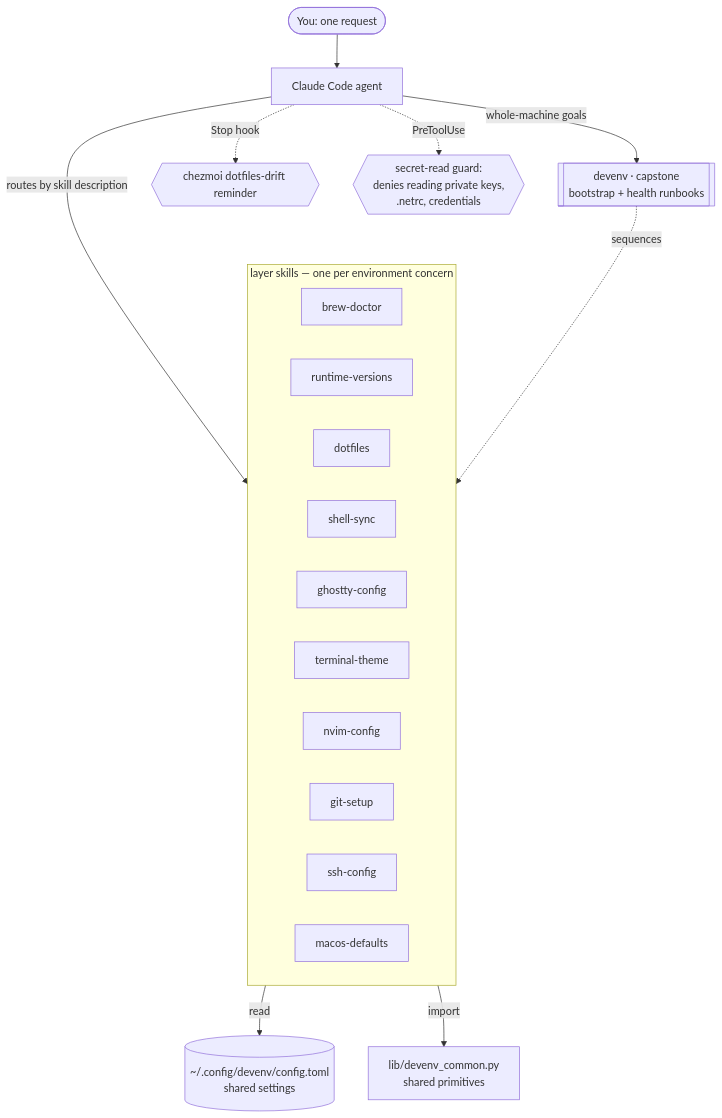
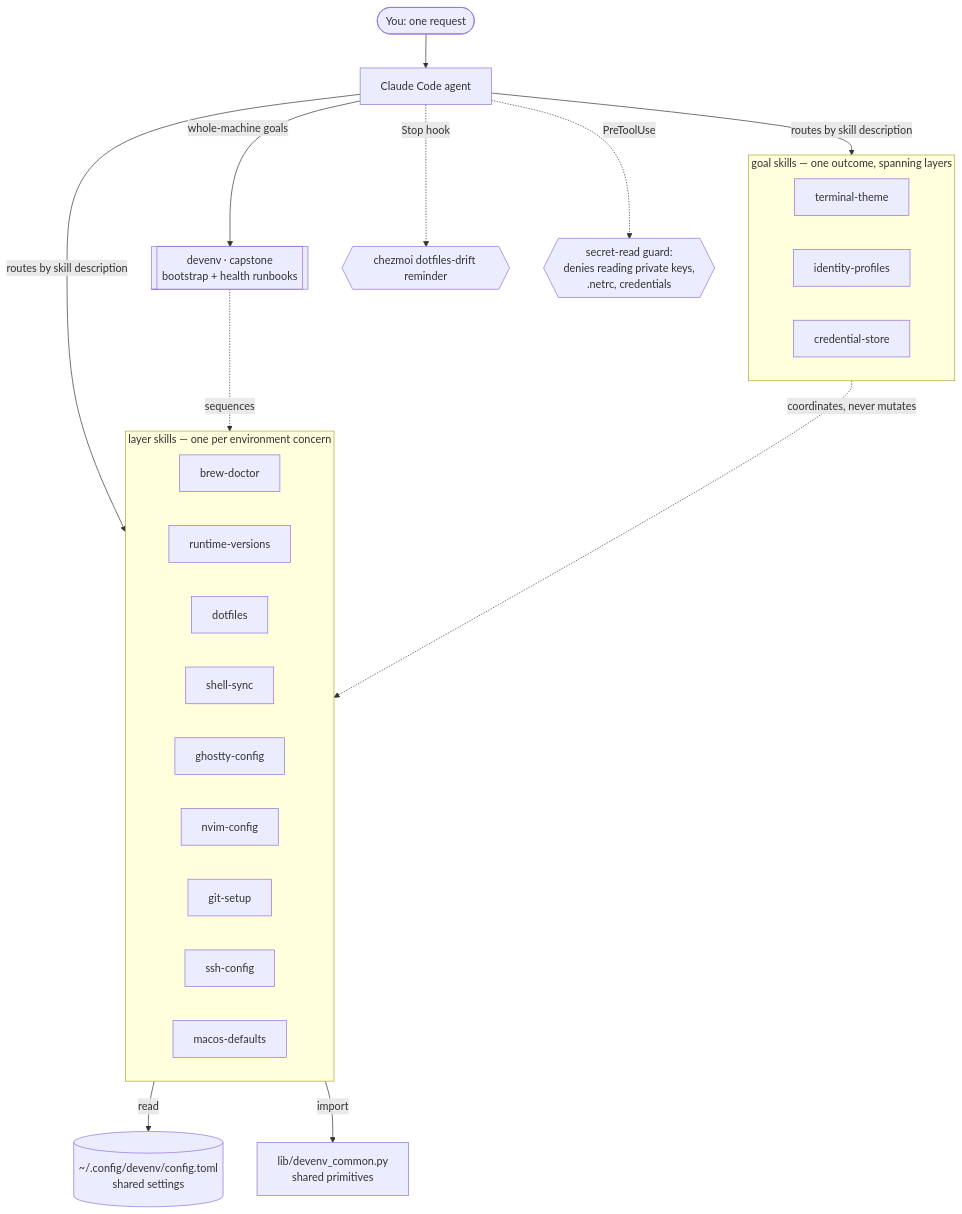
The first of 2 diagrams in README.md (johnplantada/claude-skills), drawn with Mermaid before and after one commit. The commit also changed other lines of this file and 30 other files, not shown here.

````diff
--- a/README.md
+++ b/README.md
@@ -18,25 +20,32 @@
 ```mermaid
 graph TD
     you([You: one request]) --> cc[Claude Code agent]
+    cc -->|routes by skill description| G
     cc -->|routes by skill description| L
     cc -->|whole-machine goals| cap
     cap[["devenv · capstone<br/>bootstrap + health runbooks"]] -. sequences .-> L
+
+    subgraph G["goal skills — one outcome, spanning layers"]
+        th[terminal-theme]
+        idp[identity-profiles]
+        cs[credential-store]
+    end
 
     subgraph L["layer skills — one per environment concern"]
         brew[brew-doctor]
         rt[runtime-versions]
         dot[dotfiles]
         shell[shell-sync]
         gh[ghostty-config]
-        th[terminal-theme]
         nv[nvim-config]
         git[git-setup]
         ssh[ssh-config]
         mac[macos-defaults]
     end
 
+    G -. coordinates, never mutates .-> L
     L -->|read| cfg[("~/.config/devenv/config.toml<br/>shared settings")]
     L -->|import| lib["lib/devenv_common.py<br/>shared primitives"]
     cc -. Stop hook .-> hook{{"chezmoi dotfiles-drift reminder"}}
     cc -. PreToolUse .-> guard{{"secret-read guard:<br/>denies reading private keys,<br/>.netrc, credentials"}}
 ```
````
